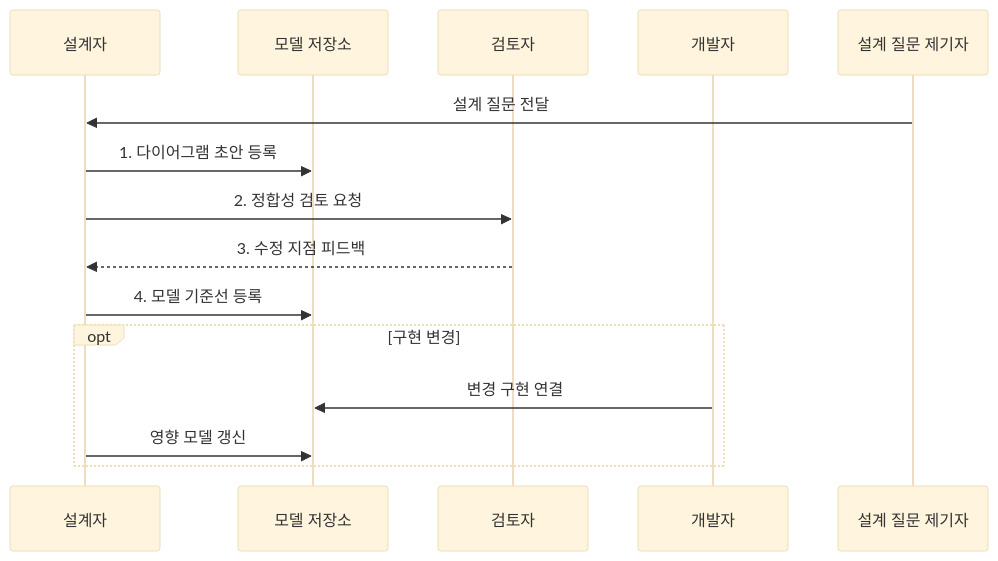
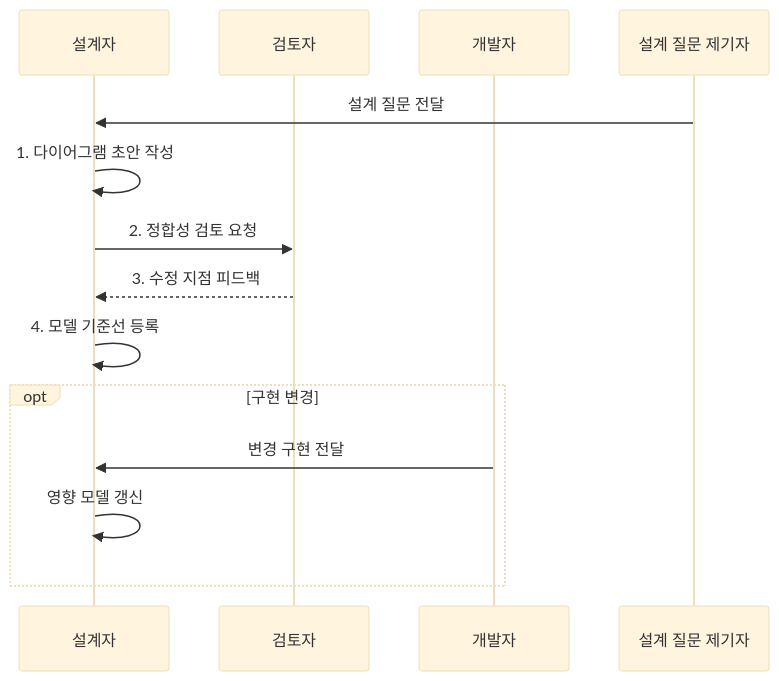
Before and after one commit to agnusdei1207/knowledge-base: the second of 2 diagrams in src/content/docs/notes/03-software/037_uml_diagrams.md, drawn with Mermaid (base theme). The commit also changed other lines of this file and 6 other files, not shown here.

Commit message:
Trim software design diagram actors

````diff
--- a/src/content/docs/notes/03-software/037_uml_diagrams.md
+++ b/src/content/docs/notes/03-software/037_uml_diagrams.md
@@ -98,17 +98,16 @@
 ```mermaid
 sequenceDiagram
     participant D as 설계자
-    participant R as 모델 저장소
     participant V as 검토자
     participant P as 개발자
     participant Q as 설계 질문 제기자
     Q->>D: 설계 질문 전달
-    D->>R: 1. 다이어그램 초안 등록
+    D->>D: 1. 다이어그램 초안 작성
     D->>V: 2. 정합성 검토 요청
     V-->>D: 3. 수정 지점 피드백
-    D->>R: 4. 모델 기준선 등록
+    D->>D: 4. 모델 기준선 등록
     opt 구현 변경
-        P->>R: 변경 구현 연결
-        D->>R: 영향 모델 갱신
+        P->>D: 변경 구현 전달
+        D->>D: 영향 모델 갱신
     end
 ```
````
